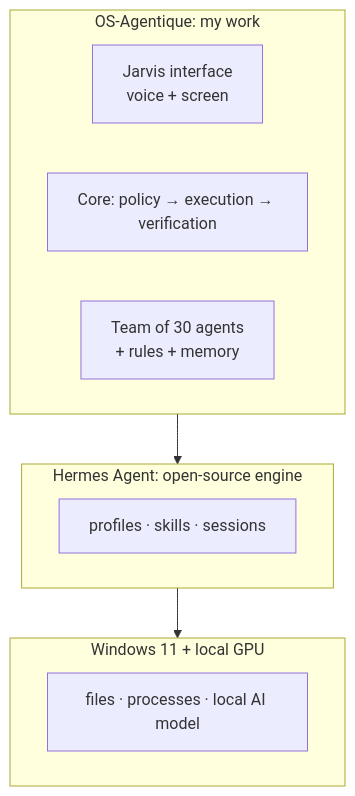
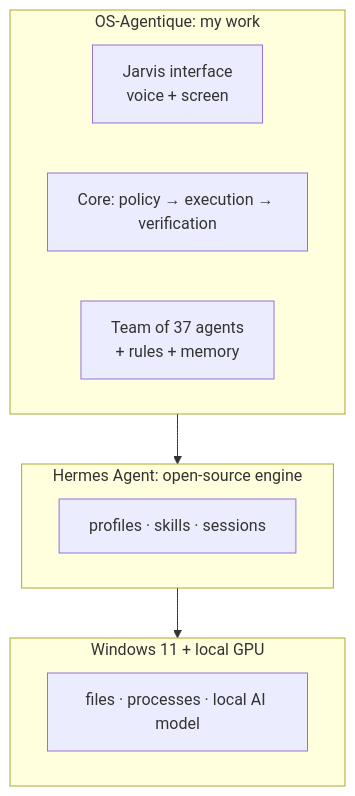
One commit to Dow08/OS-Agentique_showcase changed the second of 3 diagrams in docs/en/design.md. Above: the diagram before and after it, drawn with Mermaid. The commit also changed 18 other files, not shown here.

````diff
--- a/docs/en/design.md
+++ b/docs/en/design.md
@@ -35,16 +35,16 @@
 ```mermaid
 flowchart TB
     subgraph L3["OS-Agentique: my work"]
         direction LR
         U["Jarvis interface<br/>voice + screen"]
         CORE["Core: policy → execution → verification"]
-        TEAM["Team of 30 agents<br/>+ rules + memory"]
+        TEAM["Team of 37 agents<br/>+ rules + memory"]
     end
     subgraph L2["Hermes Agent: open-source engine"]
         E["profiles · skills · sessions"]
     end
     subgraph L1["Windows 11 + local GPU"]
         W["files · processes · local AI model"]
     end
     L3 --> L2 --> L1
 ```
````
